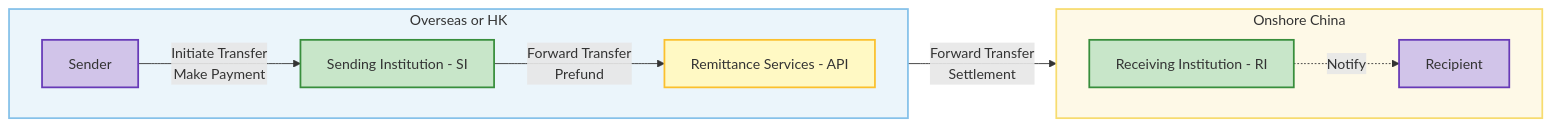
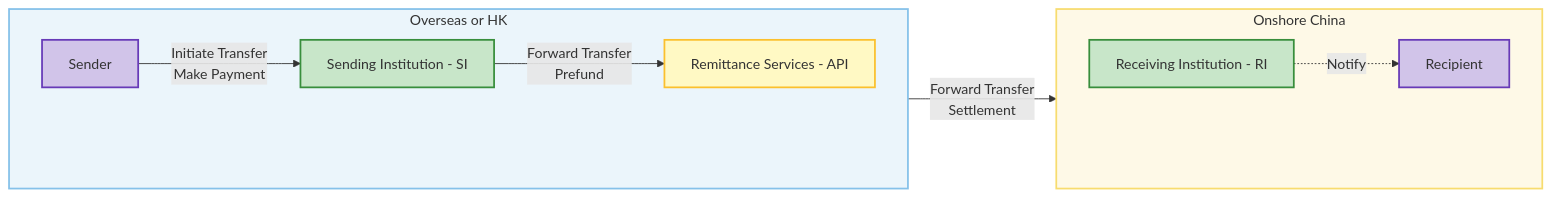
One commit to blaire101/data-warehouse-solutions changed the first of 2 diagrams in README.md. Above: the diagram before and after it, drawn with Mermaid.

````diff
--- a/README.md
+++ b/README.md
@@ -23,33 +23,36 @@
 ```mermaid
 flowchart LR
 
 %% Node styles
 classDef user fill:#D1C4E9,stroke:#673AB7,stroke-width:2px;
 classDef product fill:#C8E6C9,stroke:#388E3C,stroke-width:2px;
 classDef infra fill:#FFF9C4,stroke:#FBC02D,stroke-width:2px;
+classDef spacer fill:none,stroke:none;
 
-%% Subgraph box background (use style + ID)
+%% Subgraph background styles
 style overseasBox fill:#EBF5FB,stroke:#85C1E9,stroke-width:2px
 style chinaBox fill:#FEF9E7,stroke:#F7DC6F,stroke-width:2px
 
 %% Nodes
 Sender["Sender"]:::user
 SI["Sending Institution - SI"]:::product
 API["Remittance Services - API"]:::infra
 RI["Receiving Institution - RI"]:::product
 Recipient["Recipient"]:::user
 
-%% Overseas Section
+%% Subgraph: Overseas
 subgraph overseasBox["Overseas or HK"]
     direction LR
     Sender -->|Initiate Transfer<br>Make Payment| SI
     SI -->|Forward Transfer<br>Prefund| API
+    OV_SPACER1[" "]:::spacer
 end
 
-%% Onshore China Section
+%% Subgraph: Onshore China
 subgraph chinaBox["Onshore China"]
     direction LR
     API -->|Forward Transfer<br>Settlement| RI
     RI -.->|Notify| Recipient
+    CN_SPACER1[" "]:::spacer
 end
 ```
````
